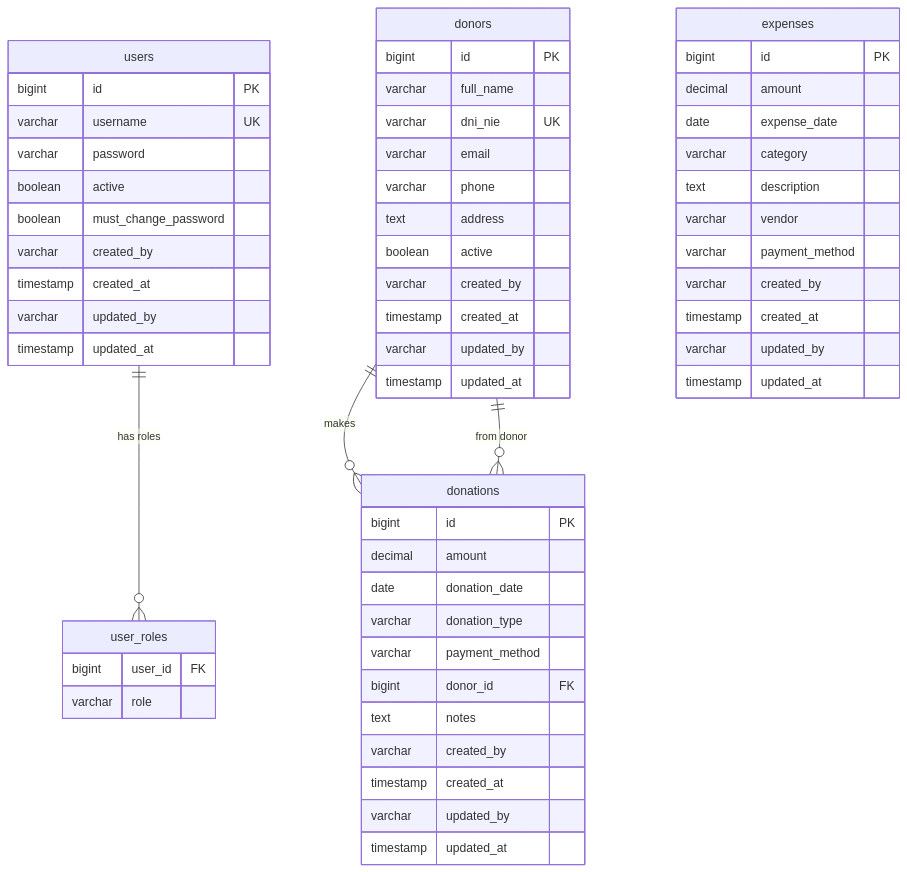
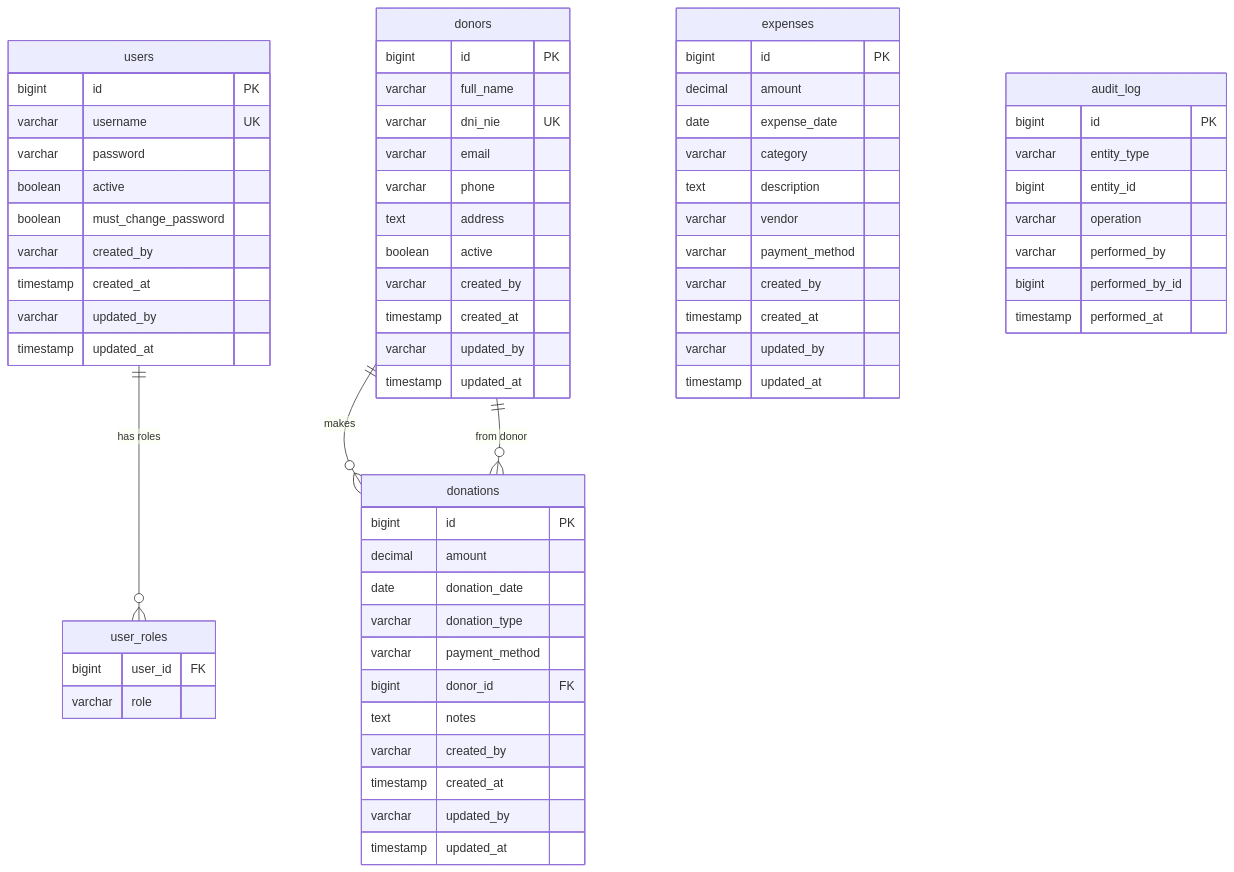
One commit to jorgetroya80/donations-api changed the fourth of 12 diagrams in docs/architecture.md. Above: the diagram before and after it, drawn with Mermaid. The commit also changed other lines of this file and 17 other files, not shown here.

First line of the commit message:
feat: append-only audit log of who and when per change (#58)

````diff
--- a/docs/architecture.md
+++ b/docs/architecture.md
@@ -299,65 +301,75 @@
 ```mermaid
 erDiagram
     users {
         bigint id PK
         varchar username UK
         varchar password
         boolean active
         boolean must_change_password
         varchar created_by
         timestamp created_at
         varchar updated_by
         timestamp updated_at
     }
 
     user_roles {
         bigint user_id FK
         varchar role
     }
 
     donors {
         bigint id PK
         varchar full_name
         varchar dni_nie UK
         varchar email
         varchar phone
         text address
         boolean active
         varchar created_by
         timestamp created_at
         varchar updated_by
         timestamp updated_at
     }
 
     donations {
         bigint id PK
         decimal amount
         date donation_date
         varchar donation_type
         varchar payment_method
         bigint donor_id FK
         text notes
         varchar created_by
         timestamp created_at
         varchar updated_by
         timestamp updated_at
     }
 
     expenses {
         bigint id PK
         decimal amount
         date expense_date
         varchar category
         text description
         varchar vendor
         varchar payment_method
         varchar created_by
         timestamp created_at
         varchar updated_by
         timestamp updated_at
     }
 
+    audit_log {
+        bigint id PK
+        varchar entity_type
+        bigint entity_id
+        varchar operation
+        varchar performed_by
+        bigint performed_by_id
+        timestamp performed_at
+    }
+
     users ||--o{ user_roles : "has roles"
     donors ||--o{ donations : "makes"
     donations }o--|| donors : "from donor"
 ```
````
